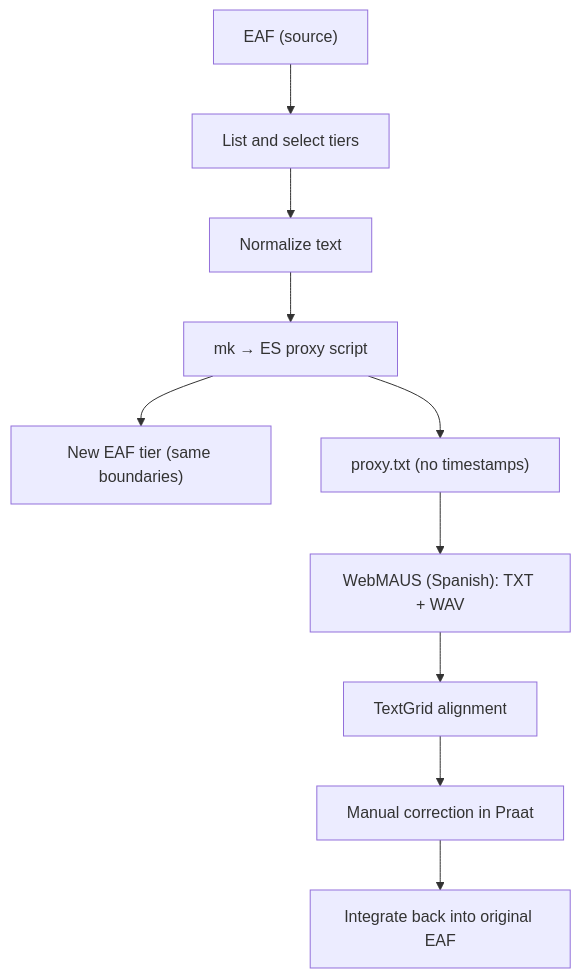
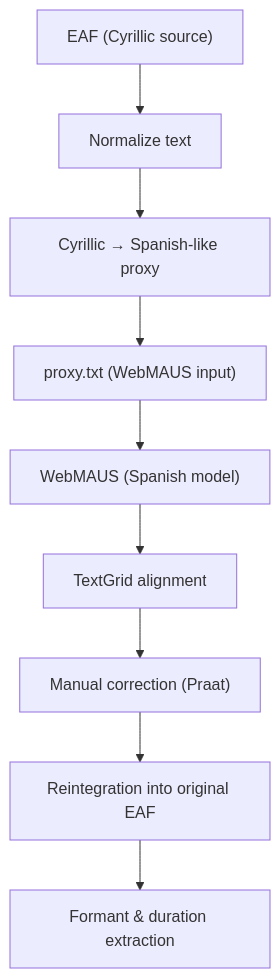
One commit to lcontrerasroa/macedonian changed the diagram in README.md. Above: the diagram before and after it, drawn with Mermaid. The commit also changed other lines of this file, not shown here.

````diff
--- a/README.md
+++ b/README.md
@@ -101,17 +120,14 @@
 ```mermaid
 flowchart TD
-  A["EAF (source)"]
-  B["List and select tiers"]
-  C["Normalize text"]
-  D["mk → ES proxy script"]
-  E["New EAF tier (same boundaries)"]
-  F["proxy.txt (no timestamps)"]
-  G["WebMAUS (Spanish): TXT + WAV"]
-  H["TextGrid alignment"]
-  I["Manual correction in Praat"]
-  J["Integrate back into original EAF"]
+  A["EAF (Cyrillic source)"]
+  B["Normalize text"]
+  C["Cyrillic → Spanish-like proxy"]
+  D["proxy.txt (WebMAUS input)"]
+  E["WebMAUS (Spanish model)"]
+  F["TextGrid alignment"]
+  G["Manual correction (Praat)"]
+  H["Reintegration into original EAF"]
+  I["Formant & duration extraction"]
 
-  A --> B --> C --> D
-  D --> E
-  D --> F --> G --> H --> I --> J
+  A --> B --> C --> D --> E --> F --> G --> H --> I
 ```
````
